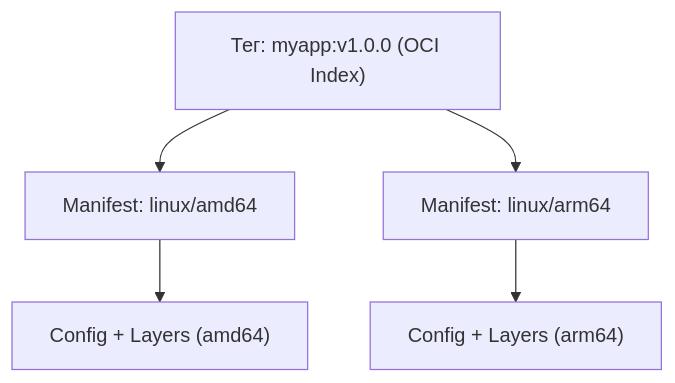
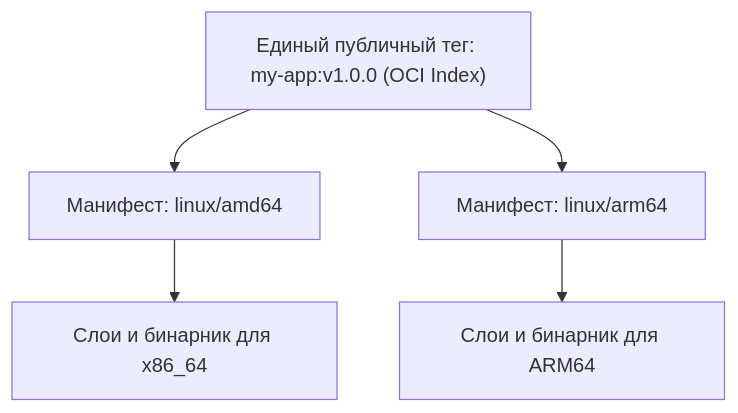
Before and after one commit to AndreyJVM/portfolio-service: the diagram in content/courses/docker/07-multiarch-buildx-and-cicd.md, drawn with Mermaid. The commit also changed other lines of this file and 26 other files, not shown here.

````diff
--- a/content/courses/docker/07-multiarch-buildx-and-cicd.md
+++ b/content/courses/docker/07-multiarch-buildx-and-cicd.md
@@ -24,7 +15,8 @@
 ```mermaid
 flowchart TD
-    Tag["Тег: myapp:v1.0.0 (OCI Index)"] --> ManifestA["Manifest: linux/amd64"]
-    Tag --> ManifestB["Manifest: linux/arm64"]
-    ManifestA --> ConfigA["Config + Layers (amd64)"]
-    ManifestB --> ConfigB["Config + Layers (arm64)"]
+    Tag["Единый публичный тег: my-app:v1.0.0 (OCI Index)"]
+    Tag --> ManifestAMD["Манифест: linux/amd64"]
+    Tag --> ManifestARM["Манифест: linux/arm64"]
+    ManifestAMD --> LayersAMD["Слои и бинарник для x86_64"]
+    ManifestARM --> LayersARM["Слои и бинарник для ARM64"]
 ```
````
